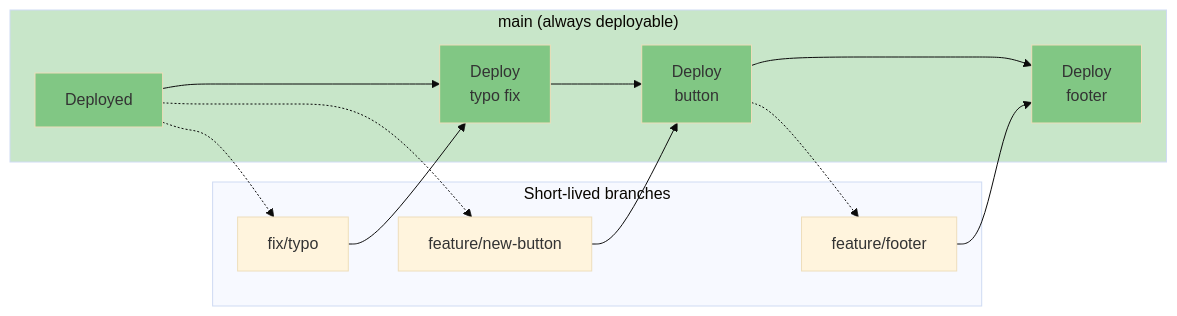
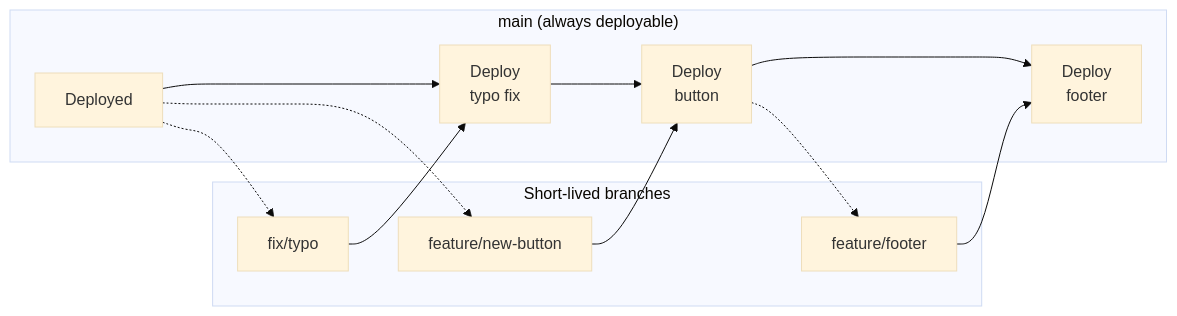
The fourth of 8 diagrams in docs/cicd/branching-strategies.md (shivam-g-mishra/blog), drawn with Mermaid (base theme) before and after one commit. The commit also changed other lines of this file and 23 other files, not shown here.

First line of the commit message:
fix: improve Mermaid diagram visibility in dark mode

````diff
--- a/docs/cicd/branching-strategies.md
+++ b/docs/cicd/branching-strategies.md
@@ -300,27 +283,21 @@
 ```mermaid
 flowchart LR
     subgraph main_flow["main (always deployable)"]
         M1[Deployed] --> M2[Deploy<br/>typo fix]
         M2 --> M3[Deploy<br/>button]
         M3 --> M4[Deploy<br/>footer]
     end
     
     subgraph branches["Short-lived branches"]
         B1[feature/new-button]
         B2[fix/typo]
         B3[feature/footer]
     end
     
     M1 -.-> B1
     M1 -.-> B2
     B2 --> M2
     B1 --> M3
     M3 -.-> B3
     B3 --> M4
-    
-    style main_flow fill:#c8e6c9
-    style M1 fill:#81c784
-    style M2 fill:#81c784
-    style M3 fill:#81c784
-    style M4 fill:#81c784
 ```
````
